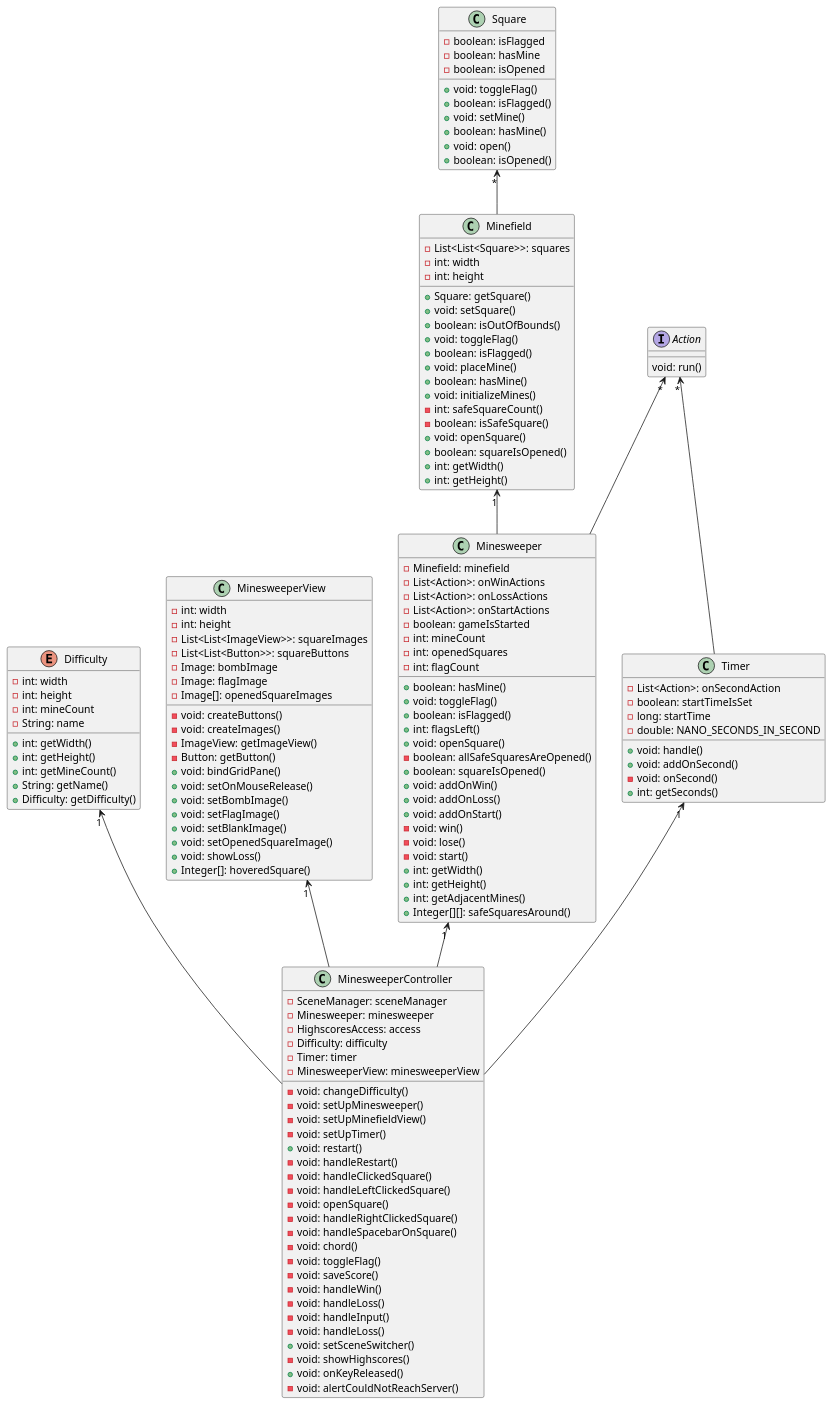
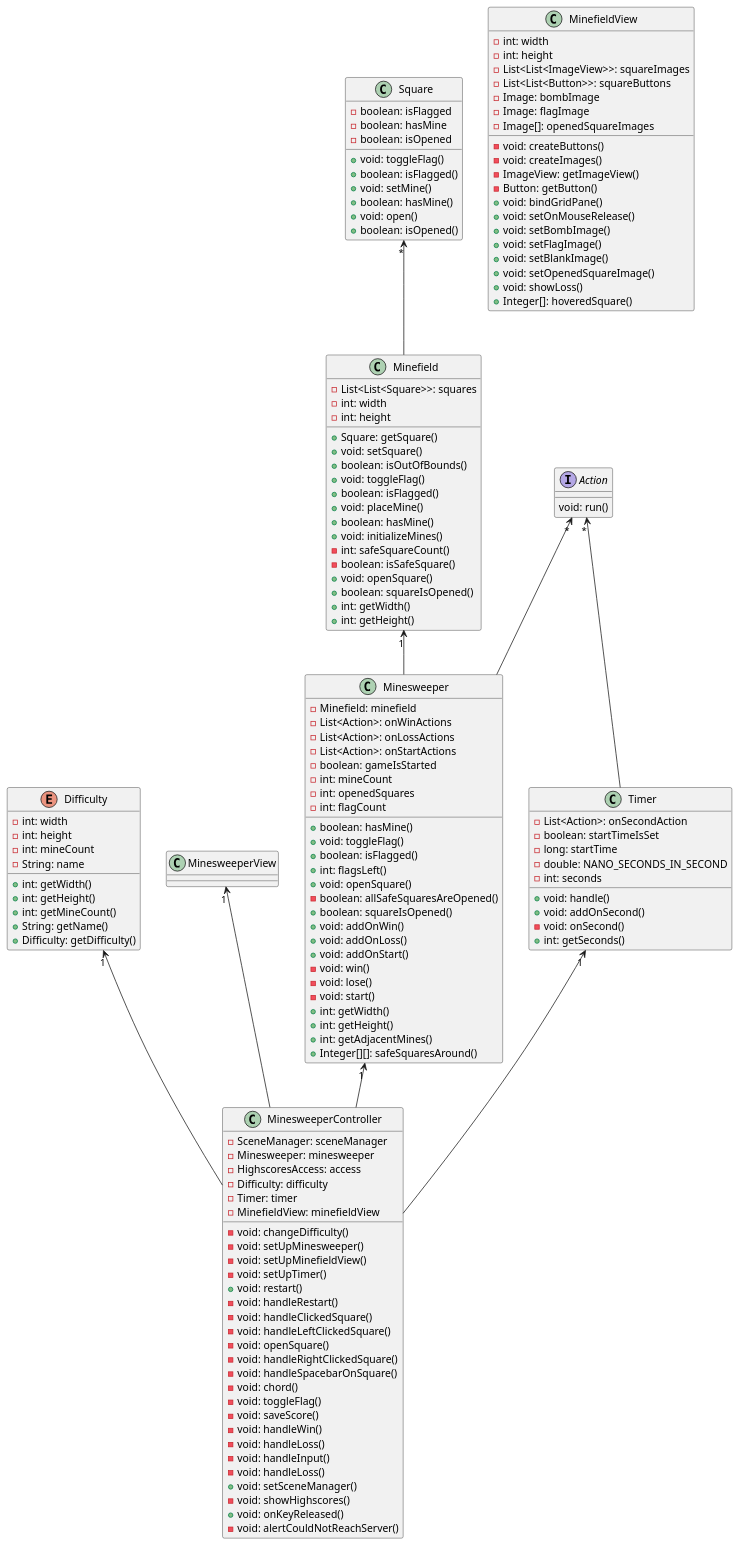
One commit to ErikMLysfjord/minesweeper changed the diagram in docs/classDiagram.puml. Above: the diagram before and after it, drawn with PlantUML.

Commit message:
docs: correct typos

```diff
--- a/docs/classDiagram.puml
+++ b/docs/classDiagram.puml
@@ -1,152 +1,153 @@
 @startuml classDiagram
 
 Timer "1" <-- MinesweeperController
 Difficulty "1" <-- MinesweeperController
 MinesweeperView "1"<-- MinesweeperController
 Minesweeper "1" <-- MinesweeperController
 Minefield "1" <-- Minesweeper
 Action "*" <-- Minesweeper
 Action "*" <-- Timer
 Square "*" <-- Minefield
 
 class Timer {
     - List<Action>: onSecondAction
     - boolean: startTimeIsSet
     - long: startTime
     - double: NANO_SECONDS_IN_SECOND
+    - int: seconds
     + void: handle()
     + void: addOnSecond()
     - void: onSecond()
     + int: getSeconds()
 }
 
 enum Difficulty {
     - int: width
     - int: height
     - int: mineCount
     - String: name
     + int: getWidth()
     + int: getHeight()
     + int: getMineCount()
     + String: getName()
     + Difficulty: getDifficulty()
 }
 
 class MinesweeperController{
     - SceneManager: sceneManager
     - Minesweeper: minesweeper
     - HighscoresAccess: access
     - Difficulty: difficulty
     - Timer: timer
-    - MinesweeperView: minesweeperView
+    - MinefieldView: minefieldView
     - void: changeDifficulty()
     - void: setUpMinesweeper()
     - void: setUpMinefieldView()
     - void: setUpTimer()
     + void: restart()
     - void: handleRestart()
     - void: handleClickedSquare()
     - void: handleLeftClickedSquare()
     - void: openSquare()
     - void: handleRightClickedSquare()
     - void: handleSpacebarOnSquare()
     - void: chord()
     - void: toggleFlag()
     - void: saveScore()
     - void: handleWin()
     - void: handleLoss()
     - void: handleInput()
     - void: handleLoss()
-    + void: setSceneSwitcher()
+    + void: setSceneManager()
     - void: showHighscores()
     + void: onKeyReleased()
     - void: alertCouldNotReachServer()
 }
 
-class MinesweeperView {
+class MinefieldView {
     - int: width
     - int: height
     - List<List<ImageView>>: squareImages
     - List<List<Button>>: squareButtons
     - Image: bombImage
     - Image: flagImage
     - Image[]: openedSquareImages
     - void: createButtons()
     - void: createImages()
     - ImageView: getImageView()
     - Button: getButton()
     + void: bindGridPane()
     + void: setOnMouseRelease()
     + void: setBombImage()
     + void: setFlagImage()
     + void: setBlankImage()
     + void: setOpenedSquareImage()
     + void: showLoss()
     + Integer[]: hoveredSquare()
 }
 
 class Minesweeper {
     - Minefield: minefield
     - List<Action>: onWinActions
     - List<Action>: onLossActions
     - List<Action>: onStartActions
     - boolean: gameIsStarted
     - int: mineCount
     - int: openedSquares
     - int: flagCount
     + boolean: hasMine()
     + void: toggleFlag()
     + boolean: isFlagged()
     + int: flagsLeft()
     + void: openSquare()
     - boolean: allSafeSquaresAreOpened()
     + boolean: squareIsOpened()
     + void: addOnWin()
     + void: addOnLoss()
     + void: addOnStart()
     - void: win()
     - void: lose()
     - void: start()
     + int: getWidth()
     + int: getHeight()
     + int: getAdjacentMines()
     + Integer[][]: safeSquaresAround()
 }
 
 interface Action {
     void: run()
 }
 
 class Minefield {
     - List<List<Square>>: squares
     - int: width
     - int: height
     + Square: getSquare()
     + void: setSquare()
     + boolean: isOutOfBounds()
     + void: toggleFlag()
     + boolean: isFlagged()
     + void: placeMine()
     + boolean: hasMine()
     + void: initializeMines()
     - int: safeSquareCount()
     - boolean: isSafeSquare()
     + void: openSquare()
     + boolean: squareIsOpened()
     + int: getWidth()
     + int: getHeight()
 }
 
 class Square {
     - boolean: isFlagged
     - boolean: hasMine
     - boolean: isOpened
     + void: toggleFlag()
     + boolean: isFlagged()
     + void: setMine()
     + boolean: hasMine()
     + void: open()
     + boolean: isOpened()
 }
 
 @enduml
```
